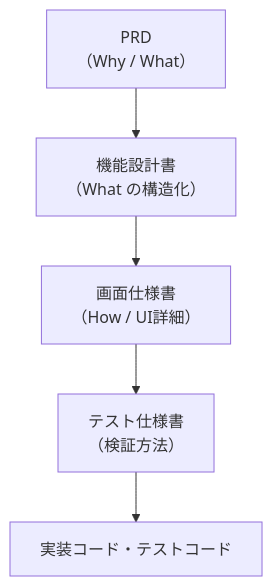
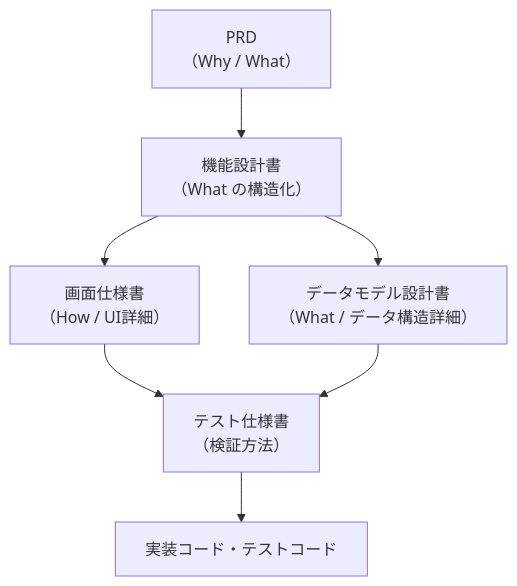
Before and after one commit to nishio-n0522/test_updated_sdd: the diagram in .claude/docs/spec-driven-development/02-documents.md, drawn with Mermaid. The commit also changed other lines of this file and 7 other files, not shown here.

````diff
--- a/.claude/docs/spec-driven-development/02-documents.md
+++ b/.claude/docs/spec-driven-development/02-documents.md
@@ -15,10 +15,13 @@
 ```mermaid
 flowchart TD
     PRD["PRD\n（Why / What）"]
     FD["機能設計書\n（What の構造化）"]
+    DM["データモデル設計書\n（What / データ構造詳細）"]
     SS["画面仕様書\n（How / UI詳細）"]
     TS["テスト仕様書\n（検証方法）"]
     CODE["実装コード・テストコード"]
 
-    PRD --> FD --> SS --> TS --> CODE
+    PRD --> FD
+    FD --> SS --> TS --> CODE
+    FD --> DM --> TS
 ```
````
